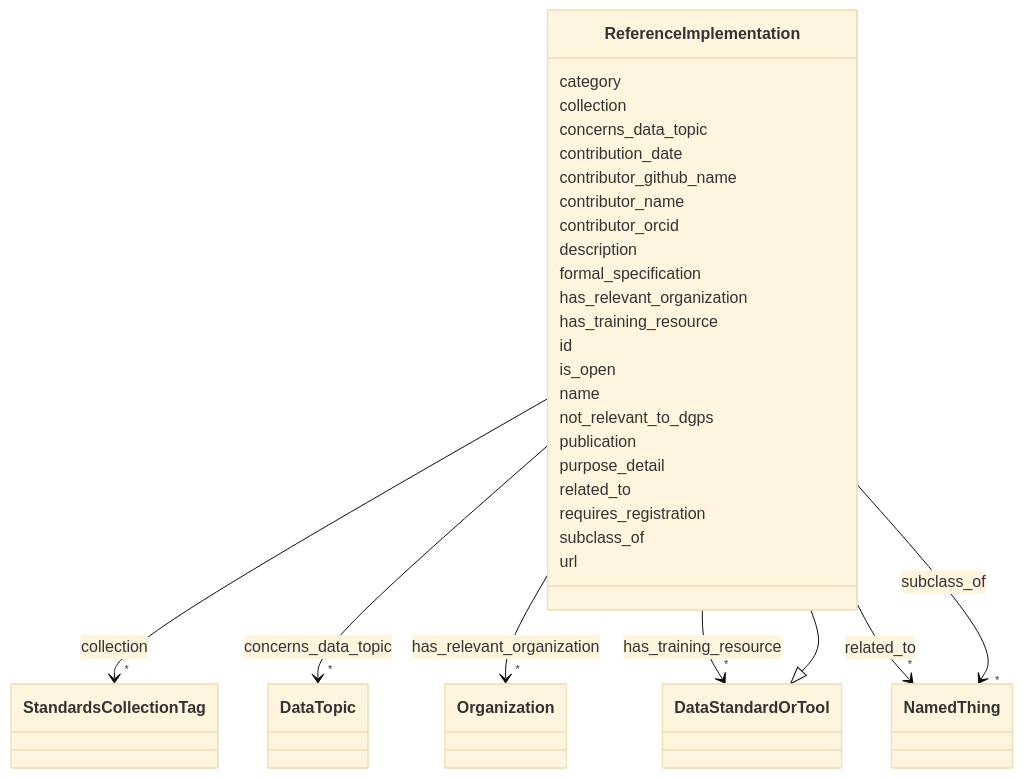
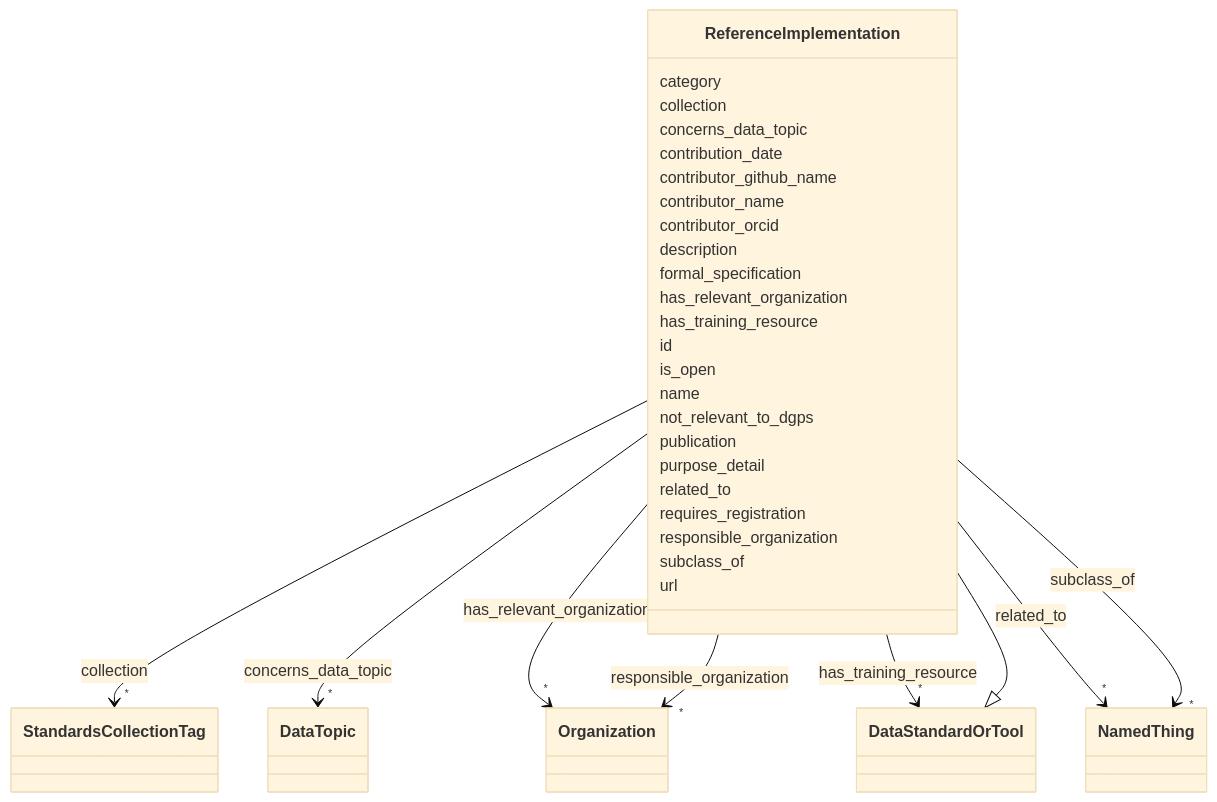
The diagram in docs/ReferenceImplementation.md (bridge2ai/standards-schemas), drawn with Mermaid (base theme) before and after one commit. The commit also changed other lines of this file and 37 other files, not shown here.

```diff
--- a/docs/ReferenceImplementation.md
+++ b/docs/ReferenceImplementation.md
@@ -96,6 +96,15 @@
         
       ReferenceImplementation : requires_registration
         
+      ReferenceImplementation : responsible_organization
+        
+          
+    
+    
+    ReferenceImplementation --> "*" Organization : responsible_organization
+    click Organization href "../Organization"
+
+        
       ReferenceImplementation : subclass_of
         
           
```
